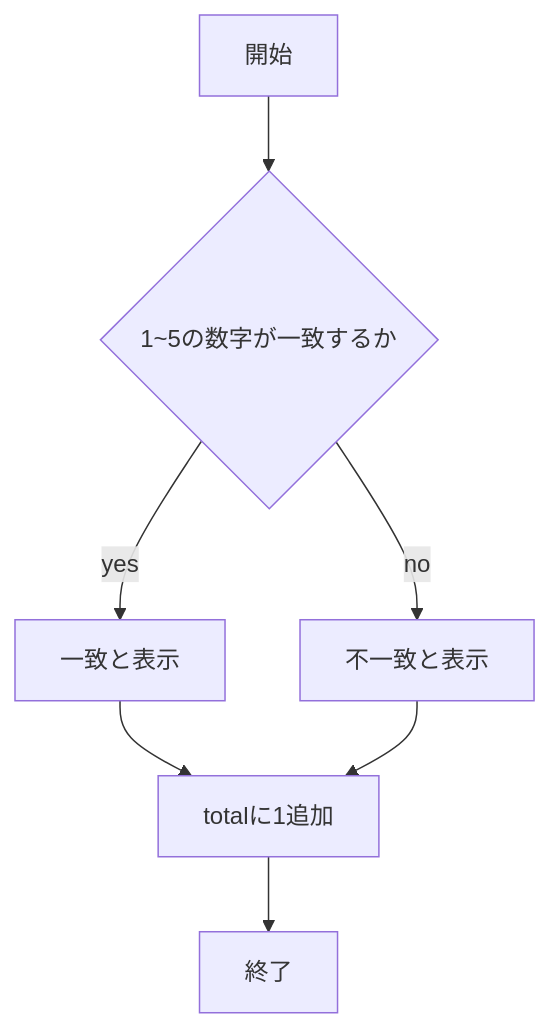
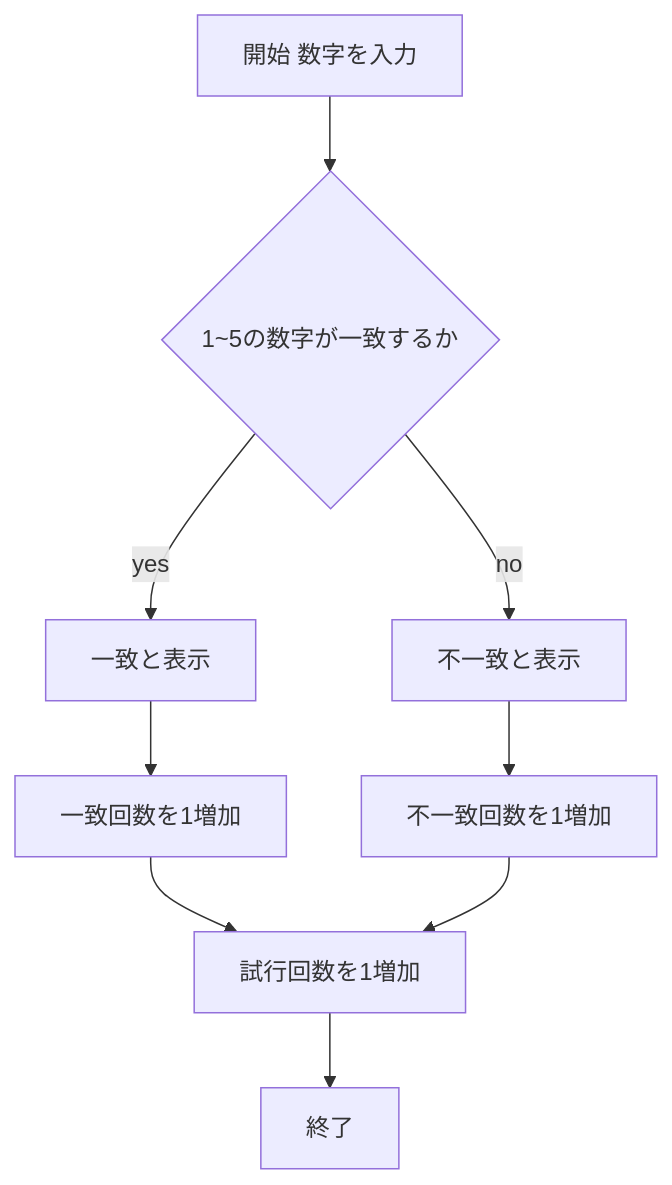
One commit to YukiYamaguchi-328/webpro_06 changed the first of 2 diagrams in README.md. Above: the diagram before and after it, drawn with Mermaid. The commit also changed other lines of this file, not shown here.

Commit message:
フローチャートの作成

````diff
--- a/README.md
+++ b/README.md
@@ -60,17 +64,21 @@
 ```mermaid
 flowchart TD;
 
-start["開始"];
+start["開始 数字を入力"];
 end1["終了"]
 if{"1~5の数字が一致するか"}
 itti["一致と表示"]
+itti+["一致回数を1増加"]
 huitti["不一致と表示"]
-total["totalに1追加"]
+huitti+["不一致回数を1増加"]
+total["試行回数を1増加"]
 
 start --> if
 if -->|yes| itti
-itti --> total
+itti --> itti+
 if -->|no| huitti
-huitti --> total
+huitti --> huitti+
+itti+ --> total
+huitti+ --> total
 total --> end1
 ```
````
